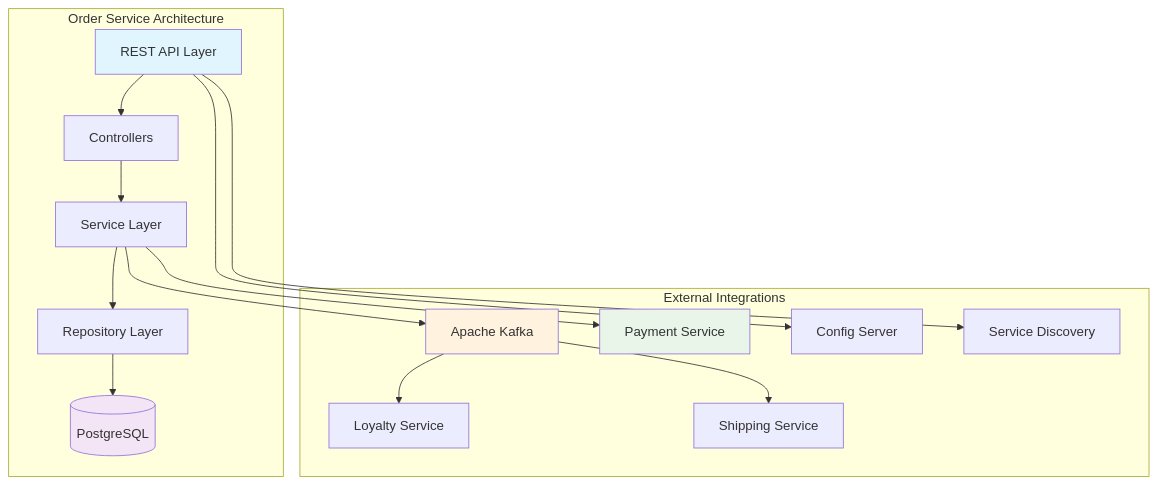
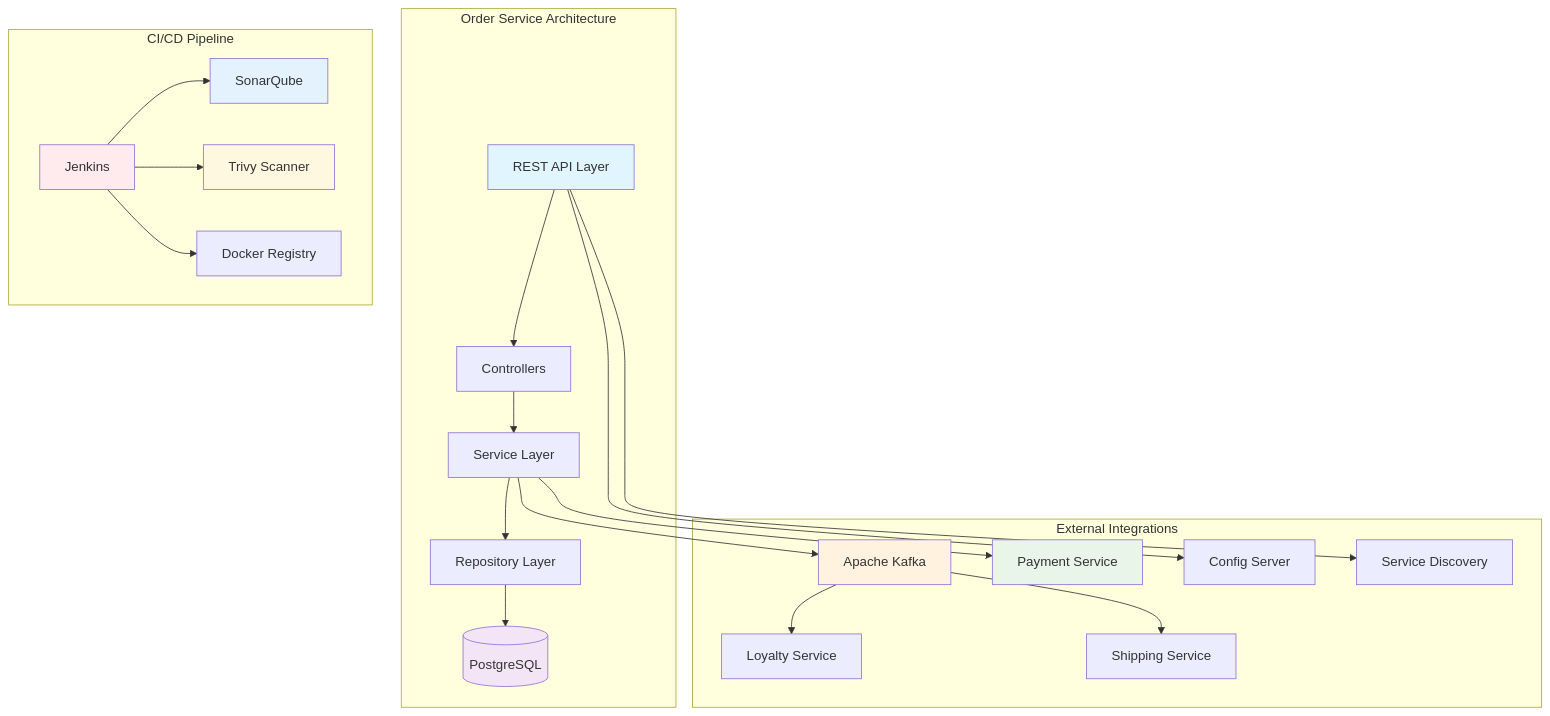
The first of 5 diagrams in Order-Service/README.md (ZakariaRek/Ecommerce-App), drawn with Mermaid before and after one commit. The commit also changed other lines of this file, not shown here.

````diff
--- a/Order-Service/README.md
+++ b/Order-Service/README.md
@@ -25,36 +31,50 @@
 ```mermaid
 graph TB
     subgraph "Order Service Architecture"
         API[REST API Layer]
         CTRL[Controllers]
         SVC[Service Layer]
         REPO[Repository Layer]
         DB[(PostgreSQL)]
         
         API --> CTRL
         CTRL --> SVC
         SVC --> REPO
         REPO --> DB
     end
     
     subgraph "External Integrations"
         KAFKA[Apache Kafka]
         PAYMENT[Payment Service]
         LOYALTY[Loyalty Service]
         SHIPPING[Shipping Service]
         CONFIG[Config Server]
         EUREKA[Service Discovery]
     end
     
+    subgraph "CI/CD Pipeline"
+        JENKINS[Jenkins]
+        SONAR[SonarQube]
+        TRIVY[Trivy Scanner]
+        DOCKER[Docker Registry]
+    end
+    
     SVC --> KAFKA
     SVC --> PAYMENT
     KAFKA --> LOYALTY
     KAFKA --> SHIPPING
     API --> CONFIG
     API --> EUREKA
     
+    JENKINS --> SONAR
+    JENKINS --> TRIVY
+    JENKINS --> DOCKER
+    
     style API fill:#e1f5fe
     style DB fill:#f3e5f5
     style KAFKA fill:#fff3e0
     style PAYMENT fill:#e8f5e8
+    style JENKINS fill:#ffebee
+    style SONAR fill:#e3f2fd
+    style TRIVY fill:#fff8e1
 ```
````
